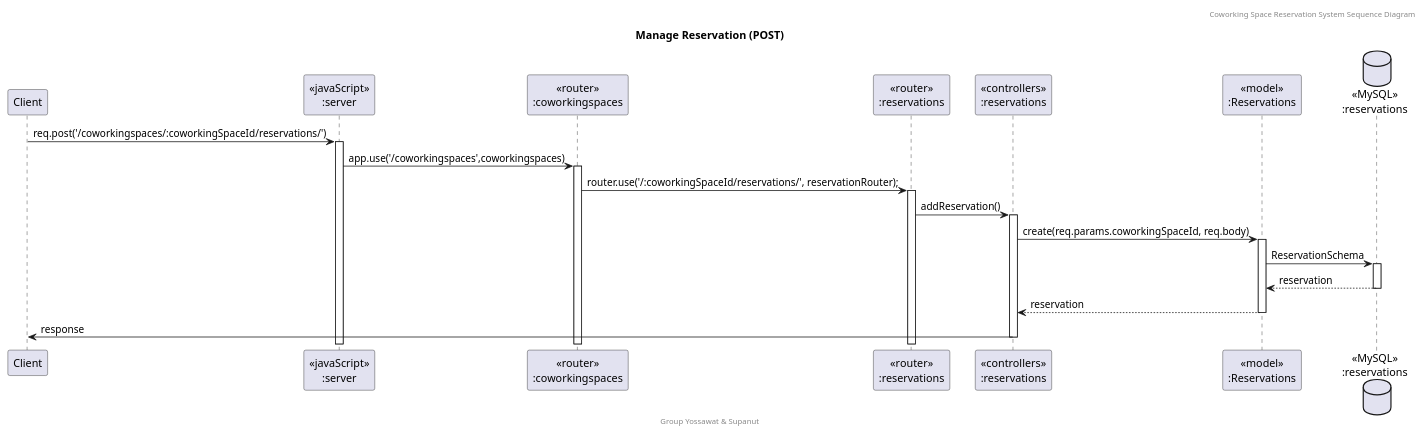
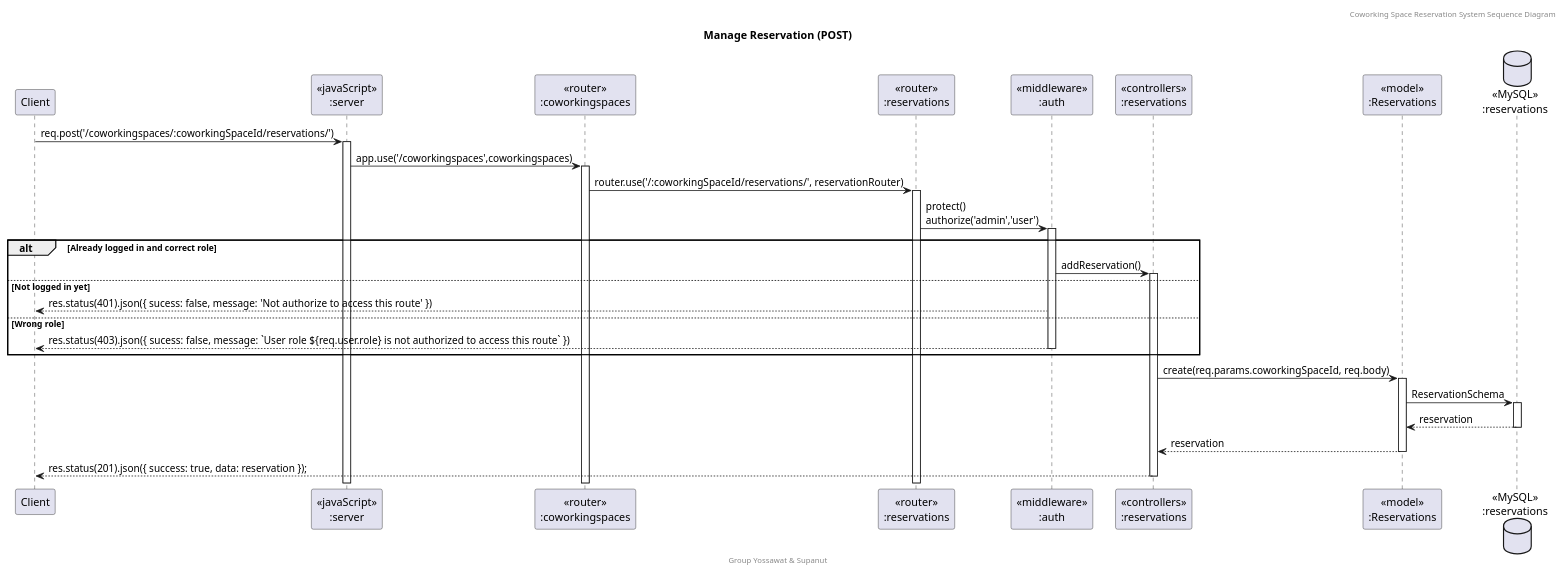
The diagram in doc/Sequence Diagram/puml/Re_Post.puml (SupanutT/sw-dev-prac-project), drawn with PlantUML before and after one commit. The commit also changed 8 other files, not shown here.

Commit message:
feat: sequence diagram (reservation)

```diff
--- a/doc/Sequence Diagram/puml/Re_Post.puml
+++ b/doc/Sequence Diagram/puml/Re_Post.puml
@@ -1,25 +1,33 @@
 @startuml Manage Reservation (POST)
 
 header Coworking Space Reservation System Sequence Diagram
 footer Group Yossawat & Supanut
 title "Manage Reservation (POST)"
 
 participant "Client" as client
 participant "<<javaScript>>\n:server" as server
 participant "<<router>>\n:coworkingspaces" as routerCoworkingSpaces
 participant "<<router>>\n:reservations" as routerReservations
+participant "<<middleware>>\n:auth" as middleware
 participant "<<controllers>>\n:reservations" as controllersReservations
 participant "<<model>>\n:Reservations" as modelReservation
 database "<<MySQL>>\n:reservations" as ReservationsDatabase
 
 client -> server ++:req.post('/coworkingspaces/:coworkingSpaceId/reservations/')
 server -> routerCoworkingSpaces ++:app.use('/coworkingspaces',coworkingspaces)
-routerCoworkingSpaces -> routerReservations ++:router.use('/:coworkingSpaceId/reservations/', reservationRouter);
-routerReservations -> controllersReservations ++: addReservation()
+routerCoworkingSpaces -> routerReservations ++:router.use('/:coworkingSpaceId/reservations/', reservationRouter)
+routerReservations -> middleware ++:protect()\nauthorize('admin','user')
+alt Already logged in and correct role
+    middleware -> controllersReservations ++: addReservation()
+else Not logged in yet
+    middleware --> client : res.status(401).json({ sucess: false, message: 'Not authorize to access this route' })
+else Wrong role
+    middleware --> client --: res.status(403).json({ sucess: false, message: `User role ${req.user.role} is not authorized to access this route` })
+end
 controllersReservations -> modelReservation ++: create(req.params.coworkingSpaceId, req.body)
 modelReservation -> ReservationsDatabase ++: ReservationSchema
 ReservationsDatabase --> modelReservation --: reservation
 controllersReservations <-- modelReservation --: reservation
-controllersReservations -> client --:response
+controllersReservations --> client --:res.status(201).json({ success: true, data: reservation });
 
 @enduml
```
